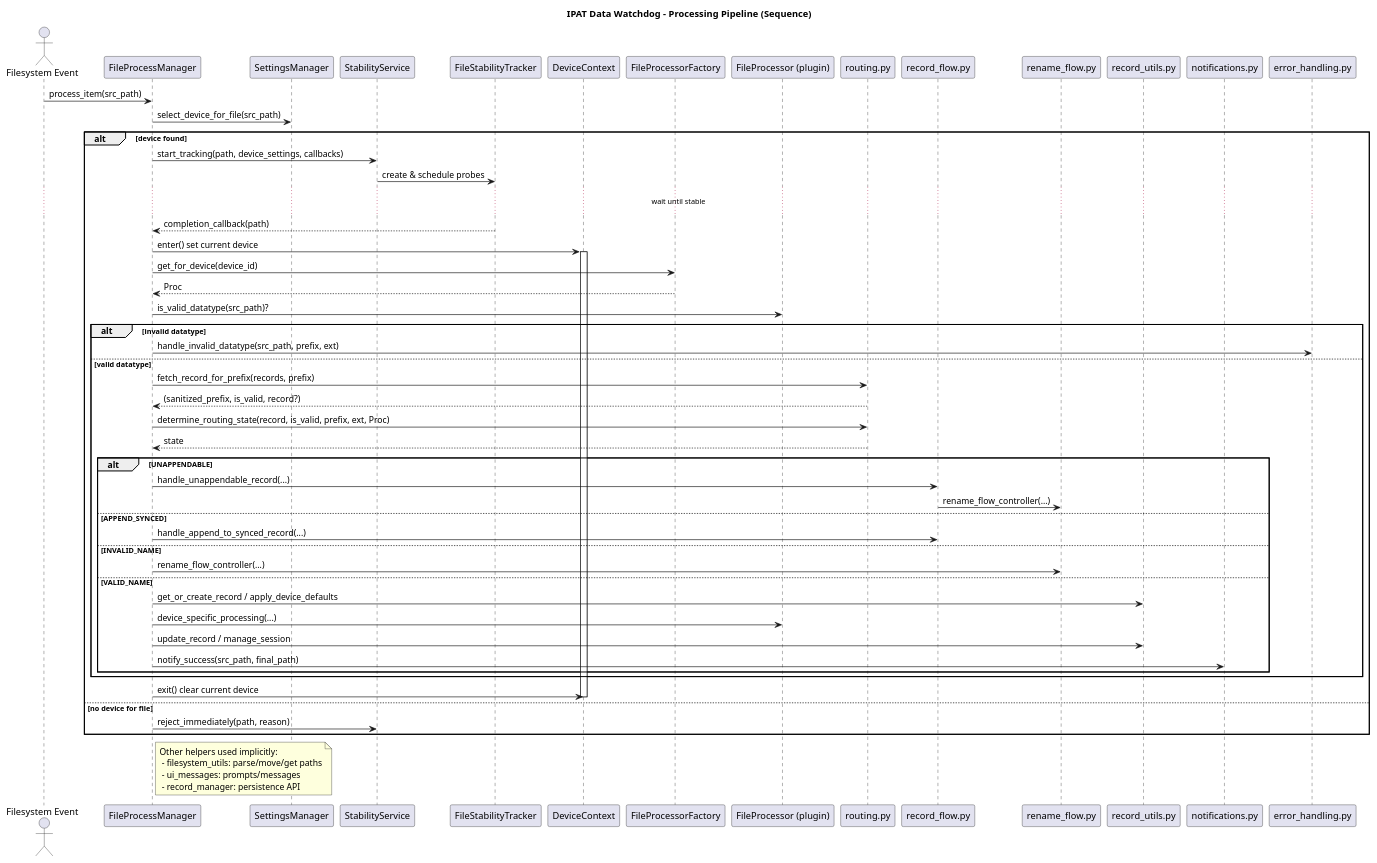
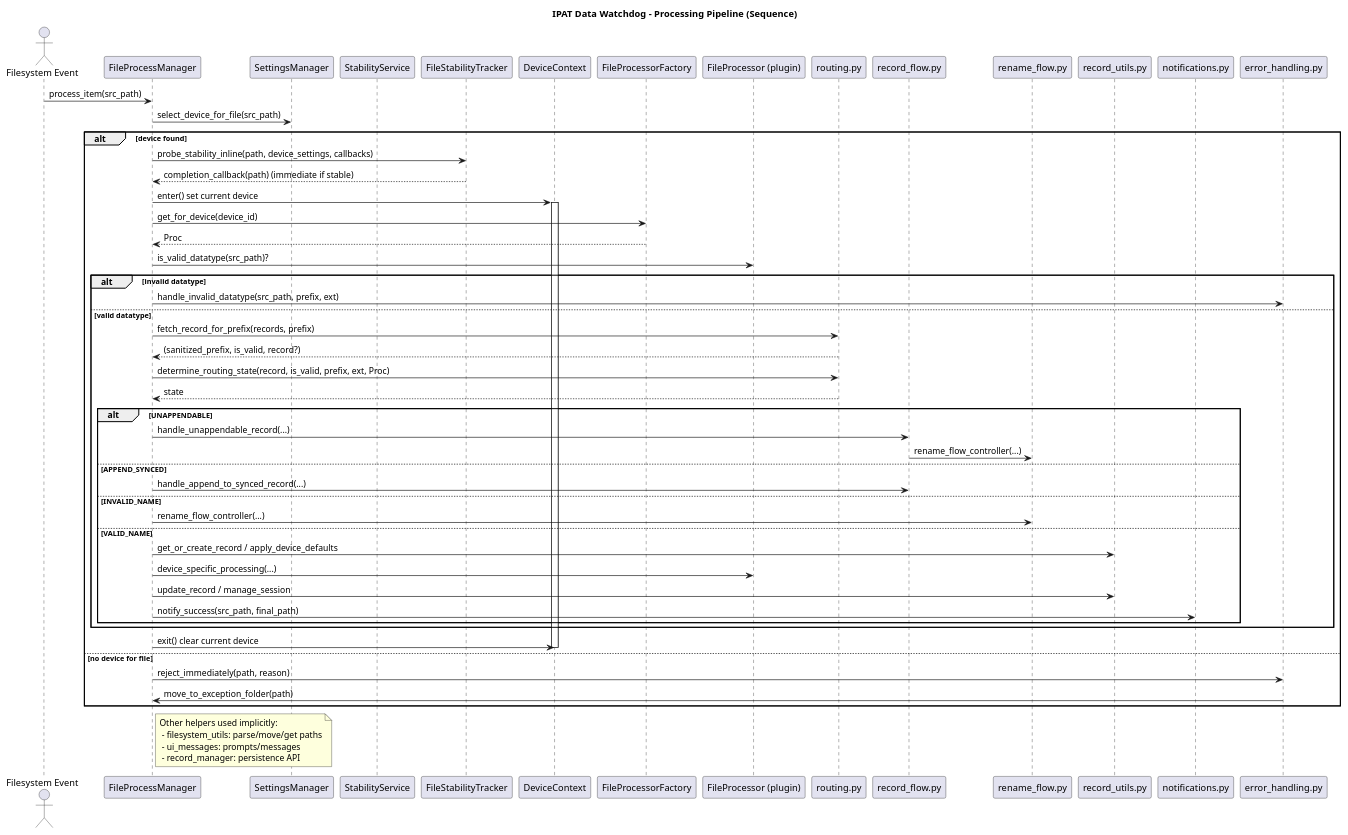
The diagram in docs/architecture/processing_pipeline.puml (altshiftj/dpost-v2-refactor), drawn with PlantUML before and after one commit. The commit also changed 5 other files, not shown here.

Commit message:
small folder move bug fixed

```diff
--- a/docs/architecture/processing_pipeline.puml
+++ b/docs/architecture/processing_pipeline.puml
@@ -1,65 +1,64 @@
 @startuml ProcessingPipeline
 title IPAT Data Watchdog – Processing Pipeline (Sequence)
 
 actor FS as "Filesystem Event"
 participant FPM as "FileProcessManager"
 participant Settings as "SettingsManager"
 participant Stability as "StabilityService"
 participant Tracker as "FileStabilityTracker"
 participant Ctx as "DeviceContext"
 participant Factory as "FileProcessorFactory"
 participant Proc as "FileProcessor (plugin)"
 participant Routing as "routing.py"
 participant RFlow as "record_flow.py"
 participant Rename as "rename_flow.py"
 participant RUtils as "record_utils.py"
 participant Notify as "notifications.py"
 participant Err as "error_handling.py"
 
 FS -> FPM : process_item(src_path)
 FPM -> Settings : select_device_for_file(src_path)
 alt device found
-  FPM -> Stability : start_tracking(path, device_settings, callbacks)
-  Stability -> Tracker : create & schedule probes
-  ... wait until stable ...
-  Tracker --> FPM : completion_callback(path)
+  FPM -> Tracker : probe_stability_inline(path, device_settings, callbacks)
+  Tracker --> FPM : completion_callback(path) (immediate if stable)
   FPM -> Ctx : enter() set current device
   activate Ctx
   FPM -> Factory : get_for_device(device_id)
   Factory --> FPM : Proc
   FPM -> Proc : is_valid_datatype(src_path)?
   alt invalid datatype
     FPM -> Err : handle_invalid_datatype(src_path, prefix, ext)
   else valid datatype
     FPM -> Routing : fetch_record_for_prefix(records, prefix)
     Routing --> FPM : (sanitized_prefix, is_valid, record?)
     FPM -> Routing : determine_routing_state(record, is_valid, prefix, ext, Proc)
     Routing --> FPM : state
     alt UNAPPENDABLE
       FPM -> RFlow : handle_unappendable_record(...)
       RFlow -> Rename : rename_flow_controller(...)
     else APPEND_SYNCED
       FPM -> RFlow : handle_append_to_synced_record(...)
     else INVALID_NAME
       FPM -> Rename : rename_flow_controller(...)
     else VALID_NAME
       FPM -> RUtils : get_or_create_record / apply_device_defaults
       FPM -> Proc : device_specific_processing(...)
       FPM -> RUtils : update_record / manage_session
       FPM -> Notify : notify_success(src_path, final_path)
     end
   end
   FPM -> Ctx : exit() clear current device
   deactivate Ctx
 else no device for file
-  FPM -> Stability : reject_immediately(path, reason)
+  FPM -> Err : reject_immediately(path, reason)
+  Err -> FPM : move_to_exception_folder(path)
 end
 
 note right of FPM
 Other helpers used implicitly:
  - filesystem_utils: parse/move/get paths
  - ui_messages: prompts/messages
  - record_manager: persistence API
 end note
 
 @enduml
```
